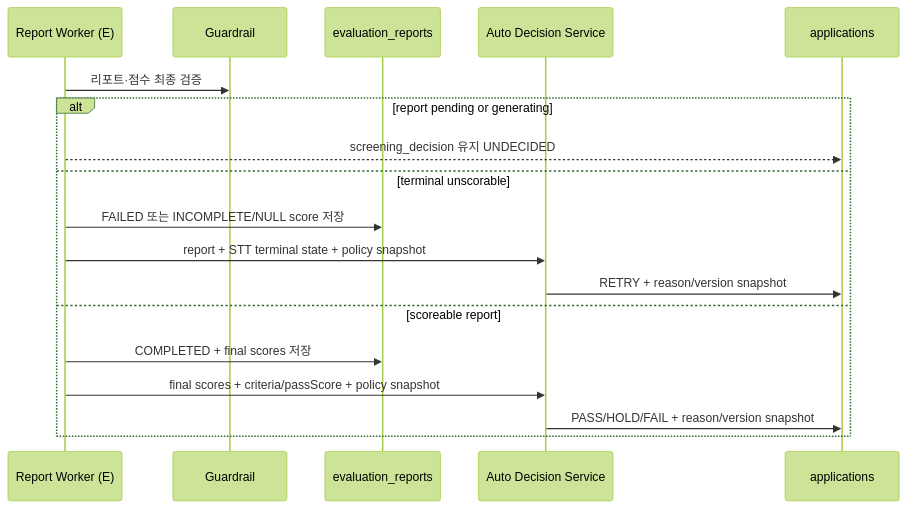
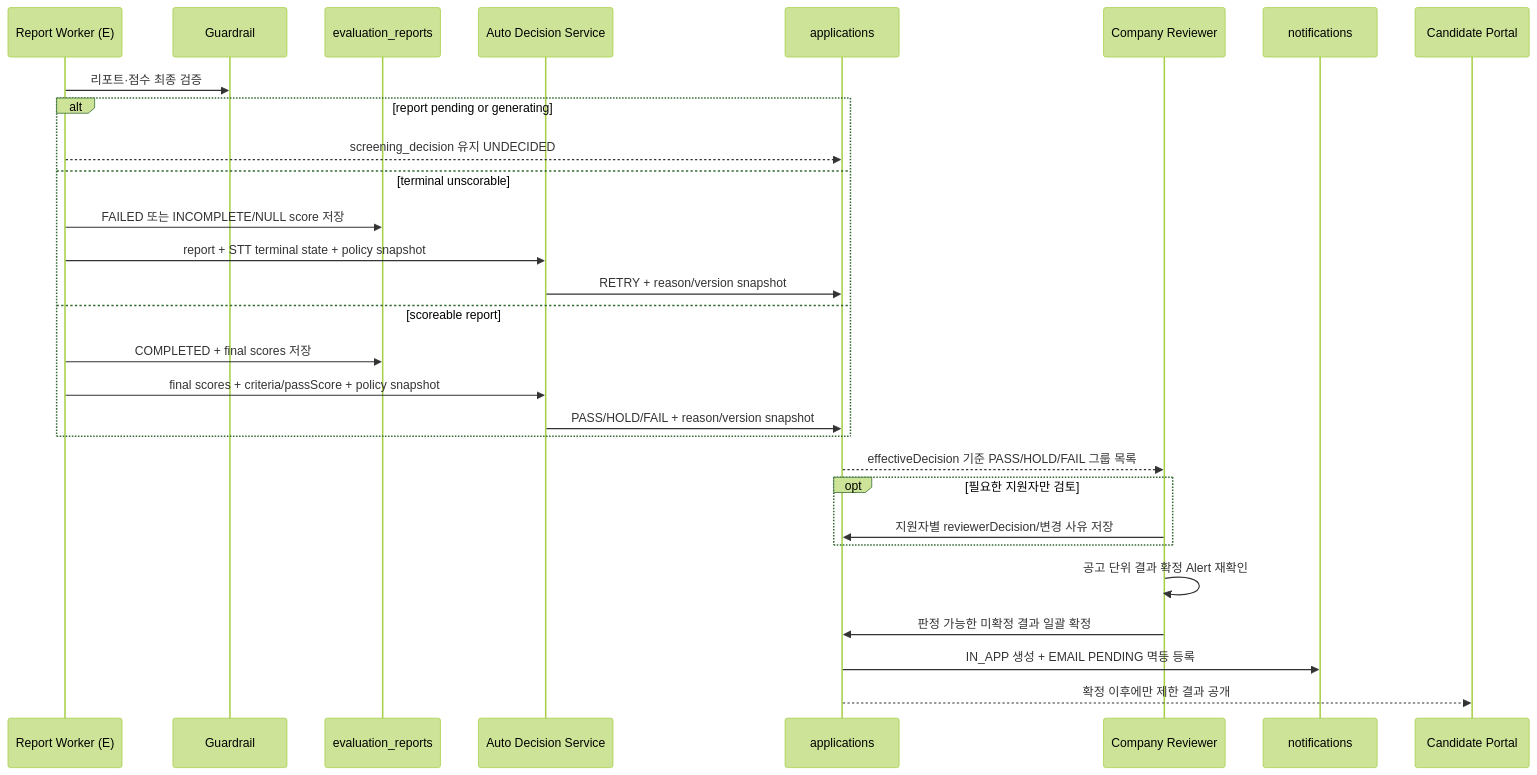
One commit to IMGyuGo/init changed the second of 3 diagrams in docs/02_architecture/async-ai-pipeline.md. Above: the diagram before and after it, drawn with Mermaid (forest theme). The commit also changed other lines of this file and 11 other files, not shown here.

````diff
--- a/docs/02_architecture/async-ai-pipeline.md
+++ b/docs/02_architecture/async-ai-pipeline.md
@@ -55,21 +55,32 @@
 ```mermaid
 sequenceDiagram
   participant Worker as Report Worker (E)
   participant Guard as Guardrail
   participant Report as evaluation_reports
   participant Decision as Auto Decision Service
   participant App as applications
+  participant Company as Company Reviewer
+  participant Notice as notifications
+  participant Candidate as Candidate Portal
 
   Worker->>Guard: 리포트·점수 최종 검증
   alt report pending or generating
     Worker-->>App: screening_decision 유지 UNDECIDED
   else terminal unscorable
     Worker->>Report: FAILED 또는 INCOMPLETE/NULL score 저장
     Worker->>Decision: report + STT terminal state + policy snapshot
     Decision->>App: RETRY + reason/version snapshot
   else scoreable report
     Worker->>Report: COMPLETED + final scores 저장
     Worker->>Decision: final scores + criteria/passScore + policy snapshot
     Decision->>App: PASS/HOLD/FAIL + reason/version snapshot
   end
+  App-->>Company: effectiveDecision 기준 PASS/HOLD/FAIL 그룹 목록
+  opt 필요한 지원자만 검토
+    Company->>App: 지원자별 reviewerDecision/변경 사유 저장
+  end
+  Company->>Company: 공고 단위 결과 확정 Alert 재확인
+  Company->>App: 판정 가능한 미확정 결과 일괄 확정
+  App->>Notice: IN_APP 생성 + EMAIL PENDING 멱등 등록
+  App-->>Candidate: 확정 이후에만 제한 결과 공개
 ```
````
